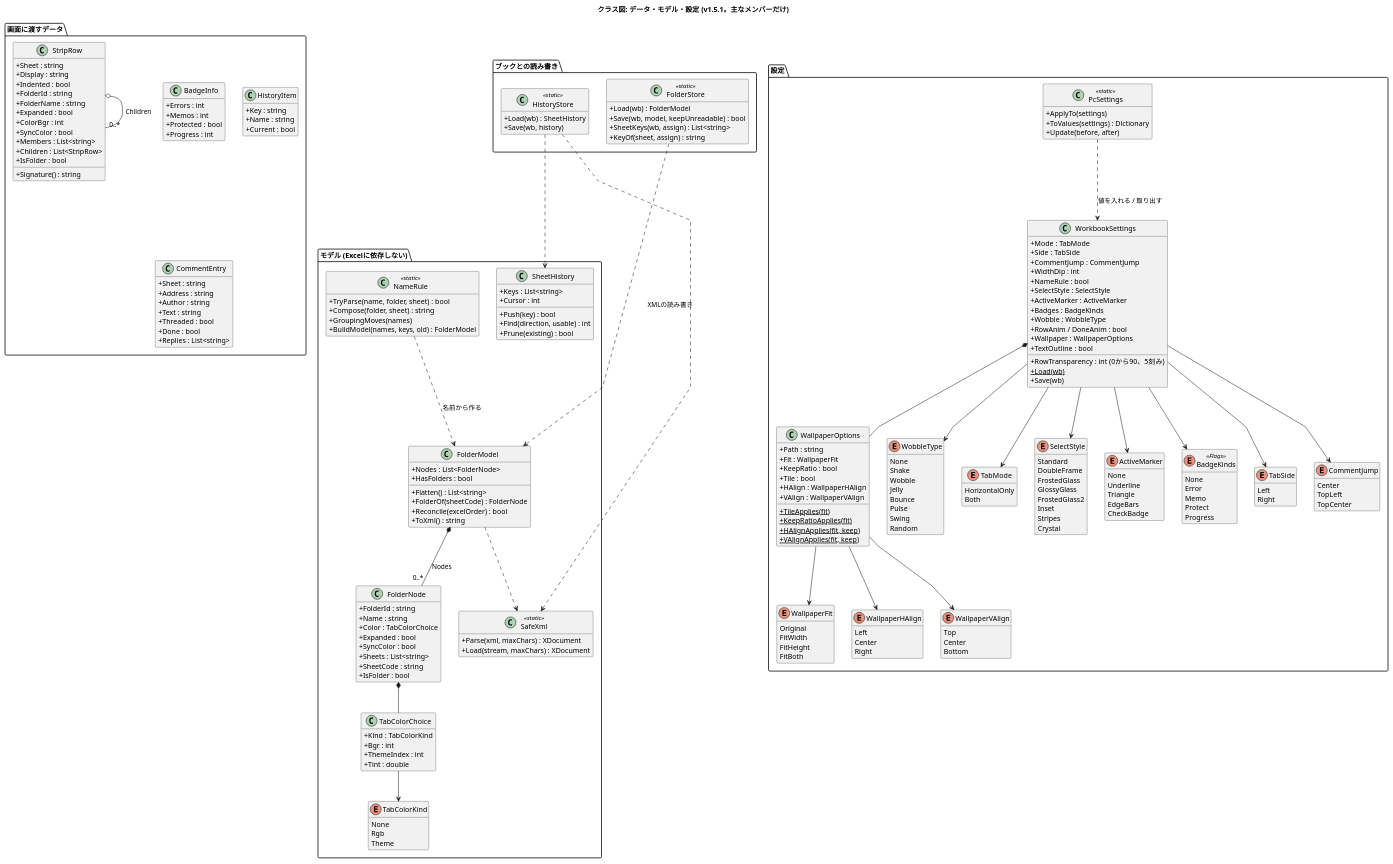
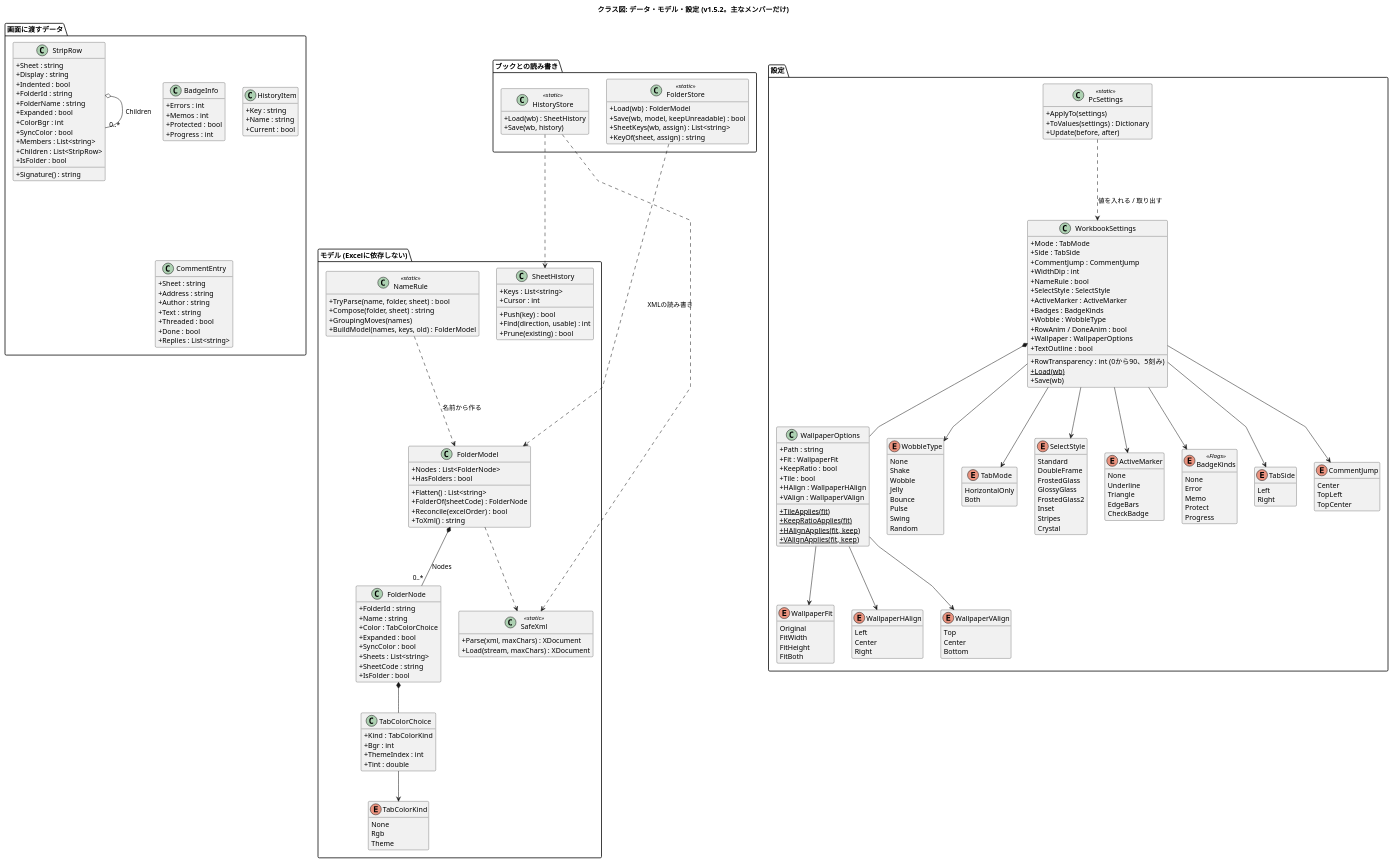
Before and after one commit to nk-taka623/VerticalSheetTabs: the diagram in docs/class-data.puml, drawn with PlantUML. The commit also changed 14 other files, not shown here.

```diff
--- a/docs/class-data.puml
+++ b/docs/class-data.puml
@@ -1,5 +1,5 @@
 @startuml
-title クラス図: データ・モデル・設定 (v1.5.1。主なメンバーだけ)
+title クラス図: データ・モデル・設定 (v1.5.2。主なメンバーだけ)
 skinparam shadowing false
 skinparam classAttributeIconSize 0
 skinparam linetype polyline
```
